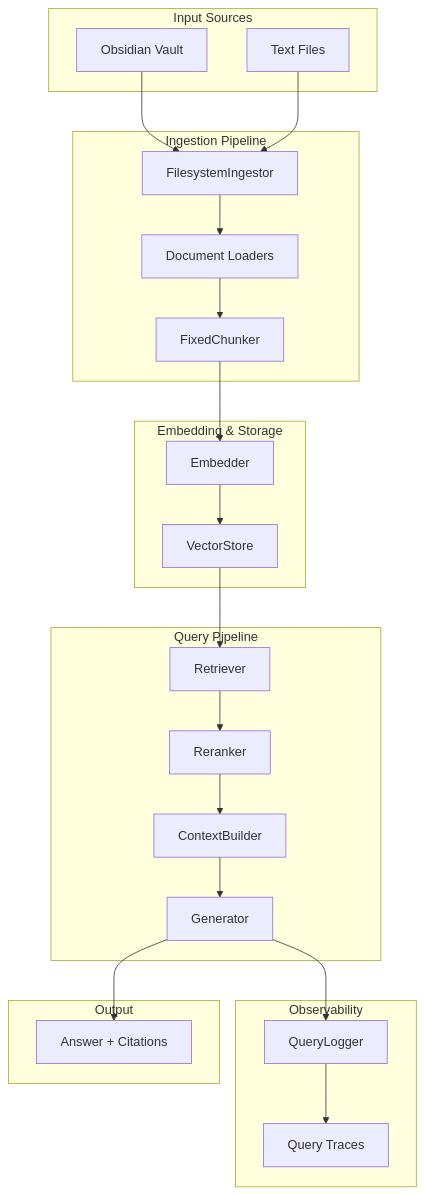
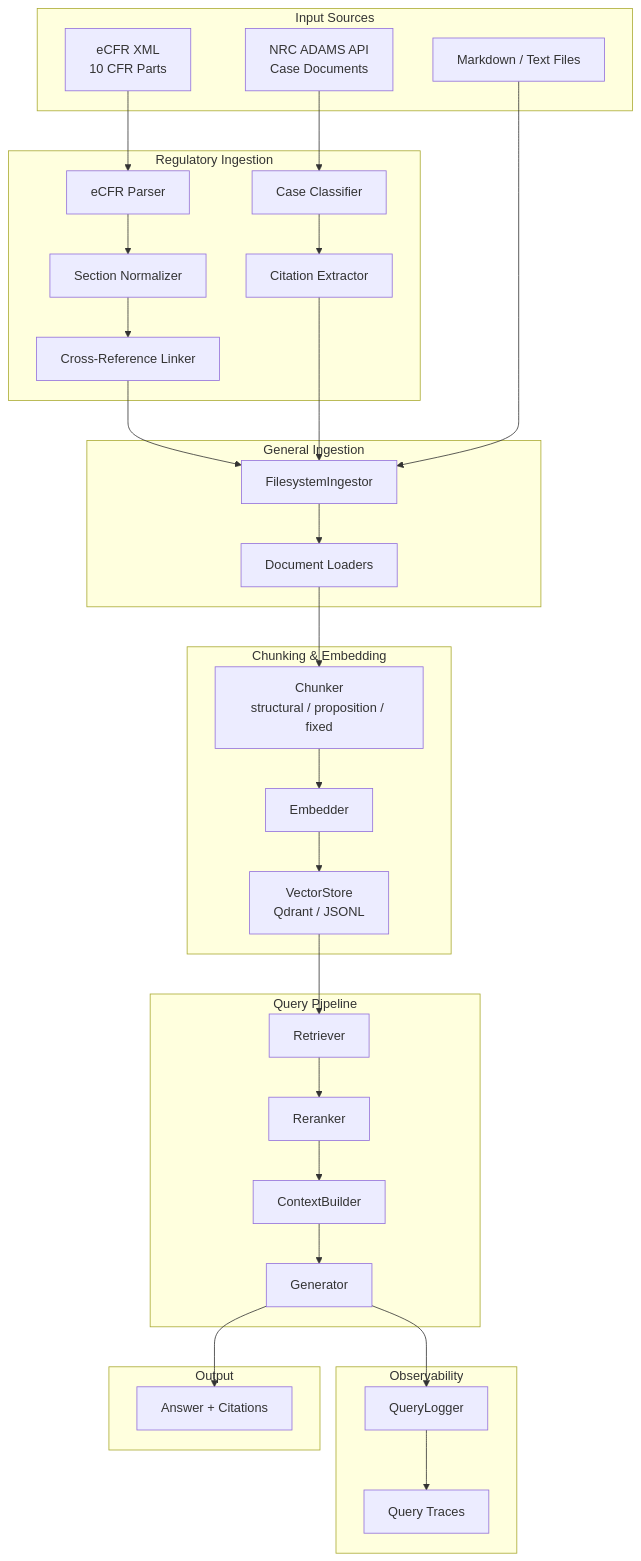
One commit to qdon314/obsidian-vault-RAG changed the second of 13 diagrams in docs/ARCHITECTURE.md. Above: the diagram before and after it, drawn with Mermaid. The commit also changed other lines of this file and 7 other files, not shown here.

````diff
--- a/docs/ARCHITECTURE.md
+++ b/docs/ARCHITECTURE.md
@@ -79,49 +80,59 @@
 ```mermaid
 graph TB
     subgraph "Input Sources"
-        Vault[Obsidian Vault]
-        Files[Text Files]
+        ECFR[eCFR XML<br/>10 CFR Parts]
+        ADAMS[NRC ADAMS API<br/>Case Documents]
+        Files[Markdown / Text Files]
     end
 
-    subgraph "Ingestion Pipeline"
+    subgraph "Regulatory Ingestion"
+        Parser[eCFR Parser]
+        Normalizer[Section Normalizer]
+        CitExtract[Citation Extractor]
+        CrossRef[Cross-Reference Linker]
+        Classifier[Case Classifier]
+    end
+
+    subgraph "General Ingestion"
         Ingestor[FilesystemIngestor]
         Loaders[Document Loaders]
-        Chunker[FixedChunker]
     end
 
-    subgraph "Embedding & Storage"
+    subgraph "Chunking & Embedding"
+        Chunker[Chunker<br/>structural / proposition / fixed]
         Embedder[Embedder]
-        VectorStore[VectorStore]
+        VectorStore[VectorStore<br/>Qdrant / JSONL]
     end
 
     subgraph "Query Pipeline"
         Retriever[Retriever]
         Reranker[Reranker]
         ContextBuilder[ContextBuilder]
         Generator[Generator]
     end
 
     subgraph "Observability"
         Logger[QueryLogger]
         Traces[Query Traces]
     end
 
     subgraph "Output"
         Answer[Answer + Citations]
     end
 
-    Vault --> Ingestor
+    ECFR --> Parser --> Normalizer --> CrossRef
+    ADAMS --> Classifier --> CitExtract
+    CrossRef --> Ingestor
+    CitExtract --> Ingestor
     Files --> Ingestor
-    Ingestor --> Loaders
-    Loaders --> Chunker
-    Chunker --> Embedder
-    Embedder --> VectorStore
+    Ingestor --> Loaders --> Chunker
+    Chunker --> Embedder --> VectorStore
 
     VectorStore --> Retriever
     Retriever --> Reranker
     Reranker --> ContextBuilder
     ContextBuilder --> Generator
     Generator --> Answer
     Generator --> Logger
     Logger --> Traces
 ```
````
